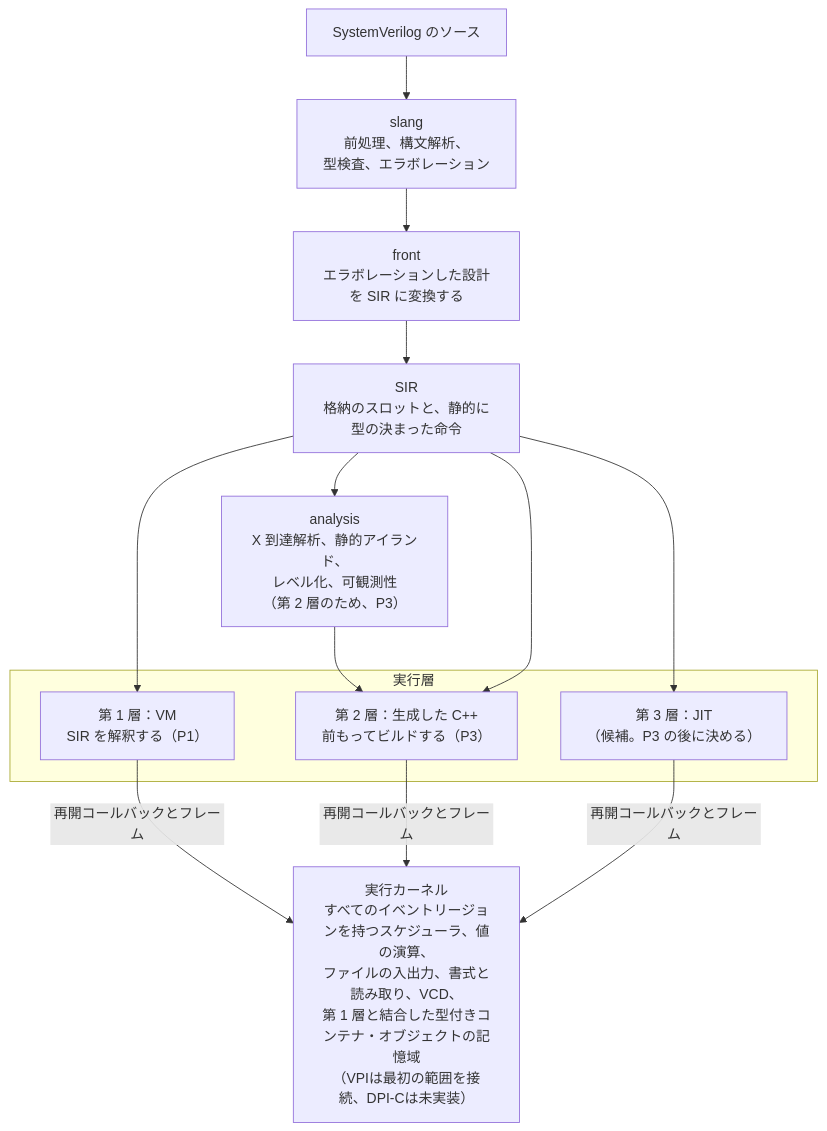
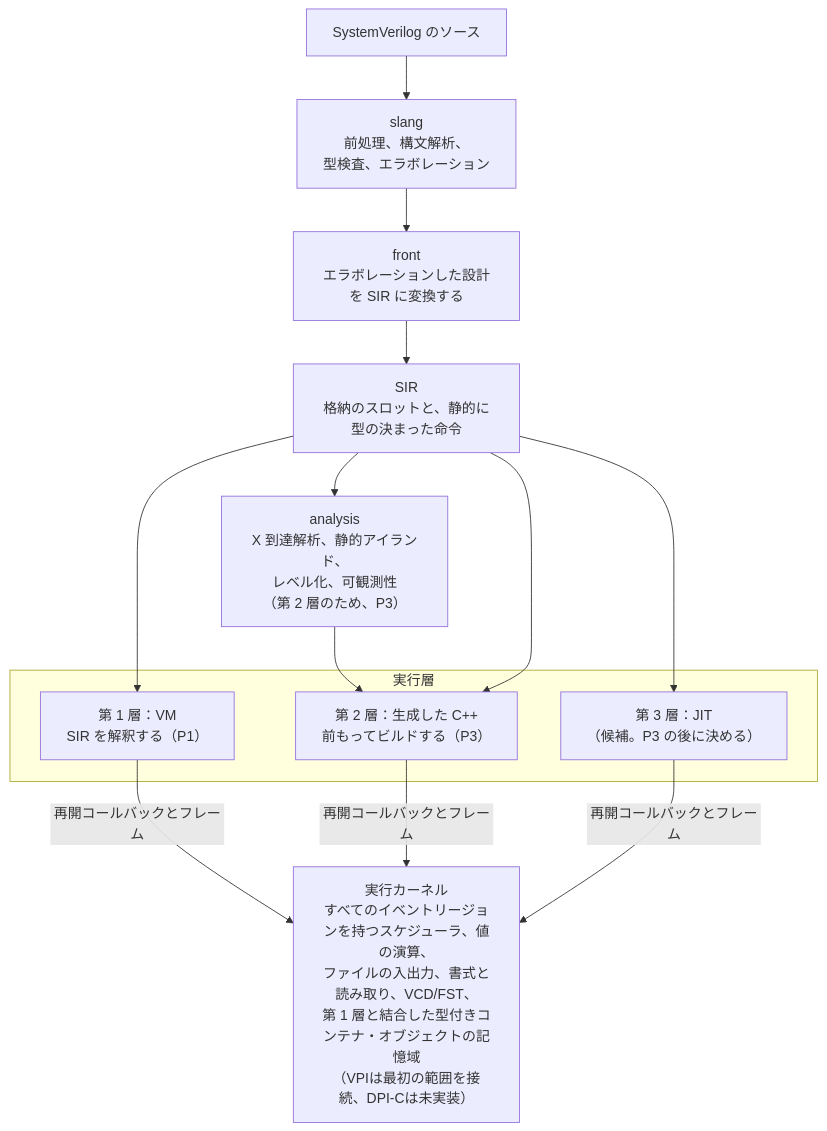
The first of 2 diagrams in docs/ARCHITECTURE.ja.md (kurochan001/kirimasim), drawn with Mermaid before and after one commit. The commit also changed other lines of this file and 51 other files, not shown here.

````diff
--- a/docs/ARCHITECTURE.ja.md
+++ b/docs/ARCHITECTURE.ja.md
@@ -16,22 +16,22 @@
 ```mermaid
 flowchart TD
     src["SystemVerilog のソース"]
     slang["slang<br/>前処理、構文解析、<br/>型検査、エラボレーション"]
     front["front<br/>エラボレーションした設計を SIR に変換する"]
     sir["SIR<br/>格納のスロットと、静的に型の決まった命令"]
     analysis["analysis<br/>X 到達解析、静的アイランド、<br/>レベル化、可観測性<br/>（第 2 層のため、P3）"]
     subgraph tiers["実行層"]
         t1["第 1 層：VM<br/>SIR を解釈する（P1）"]
         t2["第 2 層：生成した C++<br/>前もってビルドする（P3）"]
         t3["第 3 層：JIT<br/>（候補。P3 の後に決める）"]
     end
-    kernel["実行カーネル<br/>すべてのイベントリージョンを持つスケジューラ、値の演算、<br/>ファイルの入出力、書式と読み取り、VCD、<br/>第 1 層と結合した型付きコンテナ・オブジェクトの記憶域<br/>（VPIは最初の範囲を接続、DPI-Cは未実装）"]
+    kernel["実行カーネル<br/>すべてのイベントリージョンを持つスケジューラ、値の演算、<br/>ファイルの入出力、書式と読み取り、VCD/FST、<br/>第 1 層と結合した型付きコンテナ・オブジェクトの記憶域<br/>（VPIは最初の範囲を接続、DPI-Cは未実装）"]
     src --> slang --> front --> sir
     sir --> t1
     sir --> analysis --> t2
     sir --> t2
     sir --> t3
     t1 -->|"再開コールバックとフレーム"| kernel
     t2 -->|"再開コールバックとフレーム"| kernel
     t3 -->|"再開コールバックとフレーム"| kernel
 ```
````
